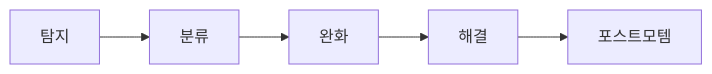
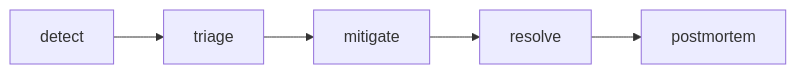
Before and after one commit to yeongseon-books/book-content: the diagram in content/sre-101/ko/06-incident-response.md, drawn with Mermaid. The commit also changed other lines of this file and 9 other files, not shown here.

````diff
--- a/content/sre-101/ko/06-incident-response.md
+++ b/content/sre-101/ko/06-incident-response.md
@@ -47,7 +53,7 @@
 ```mermaid
 flowchart LR
-    Detect["탐지"] --> Triage["분류"]
-    Triage --> Mitigate["완화"]
-    Mitigate --> Resolve["해결"]
-    Resolve --> PM["포스트모템"]
+    Detect["detect"] --> Triage["triage"]
+    Triage --> Mitigate["mitigate"]
+    Mitigate --> Resolve["resolve"]
+    Resolve --> PM["postmortem"]
 ```
````
